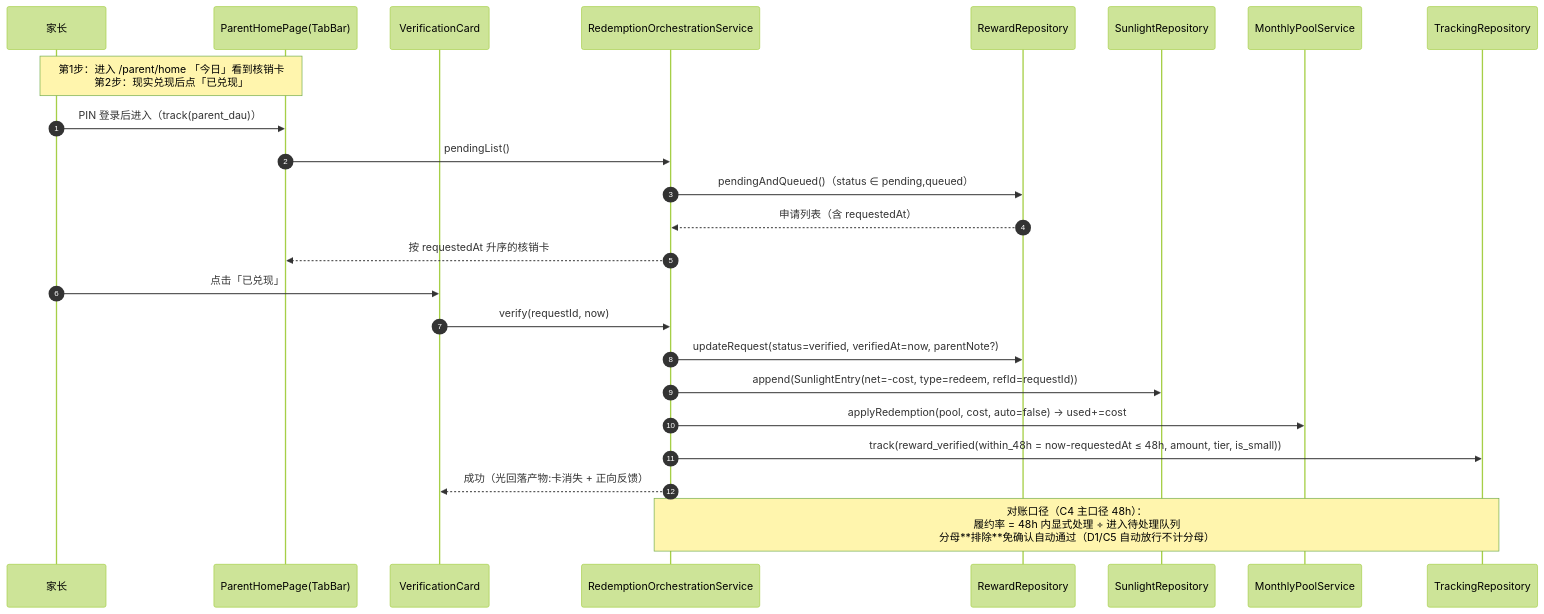
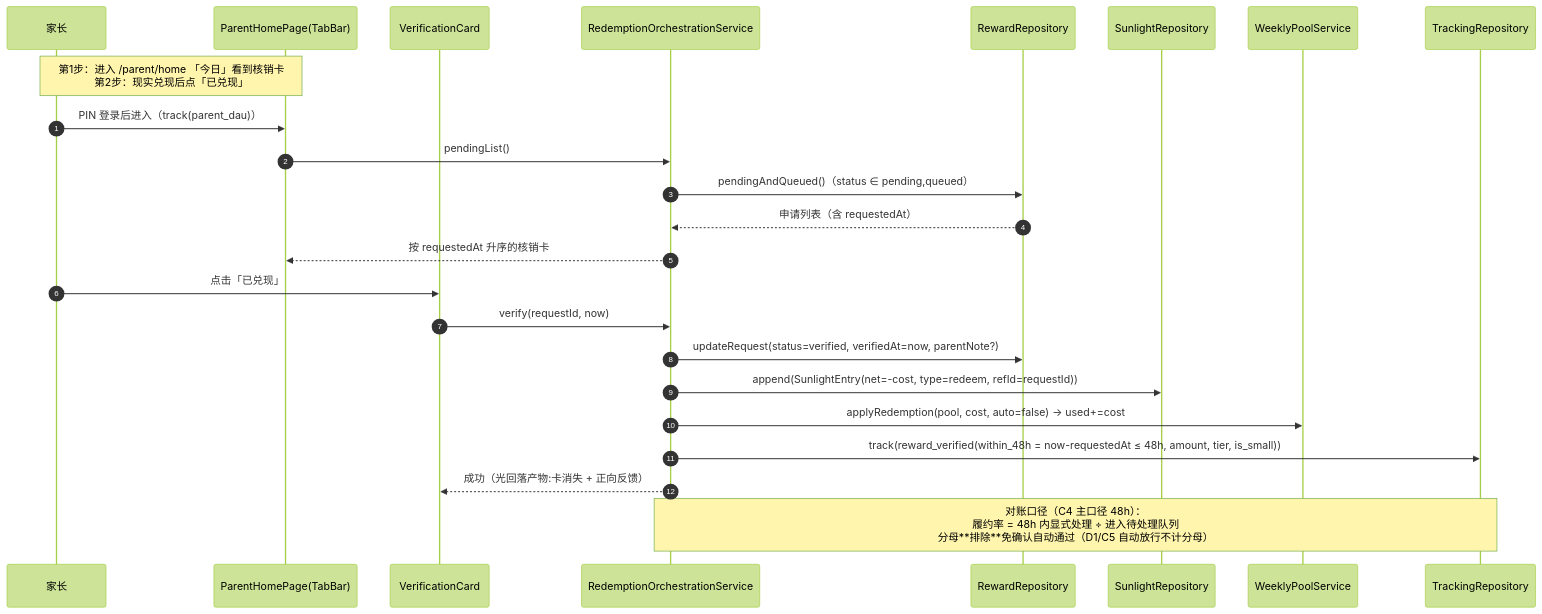
The fourth of 7 diagrams in docs/软件设计文档_M2.md (tasanshu666/sunflowerTime), drawn with Mermaid (forest theme) before and after one commit. The commit also changed other lines of this file and 133 other files, not shown here.

````diff
--- a/docs/软件设计文档_M2.md
+++ b/docs/软件设计文档_M2.md
@@ -577,27 +577,27 @@
 ```mermaid
 sequenceDiagram
     autonumber
     participant P as 家长
     participant PH as ParentHomePage(TabBar)
     participant VC as VerificationCard
     participant RO as RedemptionOrchestrationService
     participant RR as RewardRepository
     participant LD as SunlightRepository
-    participant MP as MonthlyPoolService
+    participant MP as WeeklyPoolService
     participant TR as TrackingRepository
 
     Note over P,PH: 第1步：进入 /parent/home 「今日」看到核销卡<br/>第2步：现实兑现后点「已兑现」
     P->>PH: PIN 登录后进入（track(parent_dau)）
     PH->>RO: pendingList()
     RO->>RR: pendingAndQueued()（status ∈ pending,queued）
     RR-->>RO: 申请列表（含 requestedAt）
     RO-->>PH: 按 requestedAt 升序的核销卡
     P->>VC: 点击「已兑现」
     VC->>RO: verify(requestId, now)
     RO->>RR: updateRequest(status=verified, verifiedAt=now, parentNote?)
     RO->>LD: append(SunlightEntry(net=-cost, type=redeem, refId=requestId))
     RO->>MP: applyRedemption(pool, cost, auto=false) → used+=cost
     RO->>TR: track(reward_verified(within_48h = now-requestedAt ≤ 48h, amount, tier, is_small))
     RO-->>VC: 成功（光回落产物:卡消失 + 正向反馈）
     Note over RO,TR: 对账口径（C4 主口径 48h）：<br/>履约率 = 48h 内显式处理 ÷ 进入待处理队列<br/>分母**排除**免确认自动通过（D1/C5 自动放行不计分母）
 ```
````
